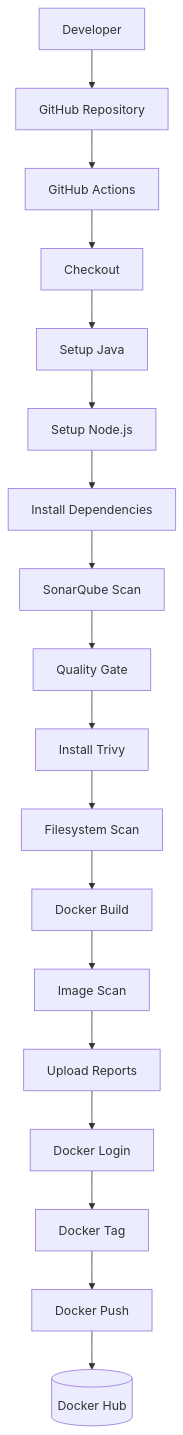
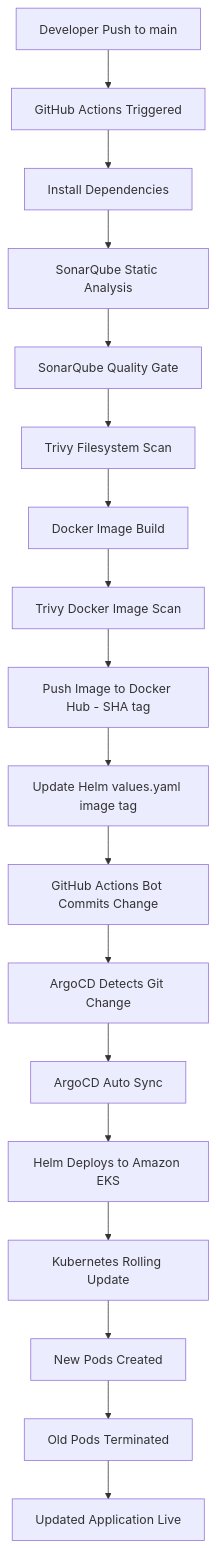
Before and after one commit to AbhishekThite387/Wanderlust: the second of 3 diagrams in README.md, drawn with Mermaid. The commit also changed other lines of this file and 8 other files, not shown here.

````diff
--- a/README.md
+++ b/README.md
@@ -180,20 +179,20 @@
 ```mermaid
 flowchart TD
-    A[Developer] --> B[GitHub Repository]
-    B --> C[GitHub Actions]
-    C --> D[Checkout]
-    D --> E[Setup Java]
-    E --> F[Setup Node.js]
-    F --> G[Install Dependencies]
-    G --> H[SonarQube Scan]
-    H --> I[Quality Gate]
-    I --> J[Install Trivy]
-    J --> K[Filesystem Scan]
-    K --> L[Docker Build]
-    L --> M[Image Scan]
-    M --> N[Upload Reports]
-    N --> O[Docker Login]
-    O --> P[Docker Tag]
-    P --> Q[Docker Push]
-    Q --> R[(Docker Hub)]
+    A[Developer Push to main] --> B[GitHub Actions Triggered]
+    B --> C[Install Dependencies]
+    C --> D[SonarQube Static Analysis]
+    D --> E[SonarQube Quality Gate]
+    E --> F[Trivy Filesystem Scan]
+    F --> G[Docker Image Build]
+    G --> H[Trivy Docker Image Scan]
+    H --> I[Push Image to Docker Hub - SHA tag]
+    I --> J[Update Helm values.yaml image tag]
+    J --> K[GitHub Actions Bot Commits Change]
+    K --> L[ArgoCD Detects Git Change]
+    L --> M[ArgoCD Auto Sync]
+    M --> N[Helm Deploys to Amazon EKS]
+    N --> O[Kubernetes Rolling Update]
+    O --> P[New Pods Created]
+    P --> Q[Old Pods Terminated]
+    Q --> R[Updated Application Live]
 ```
````
